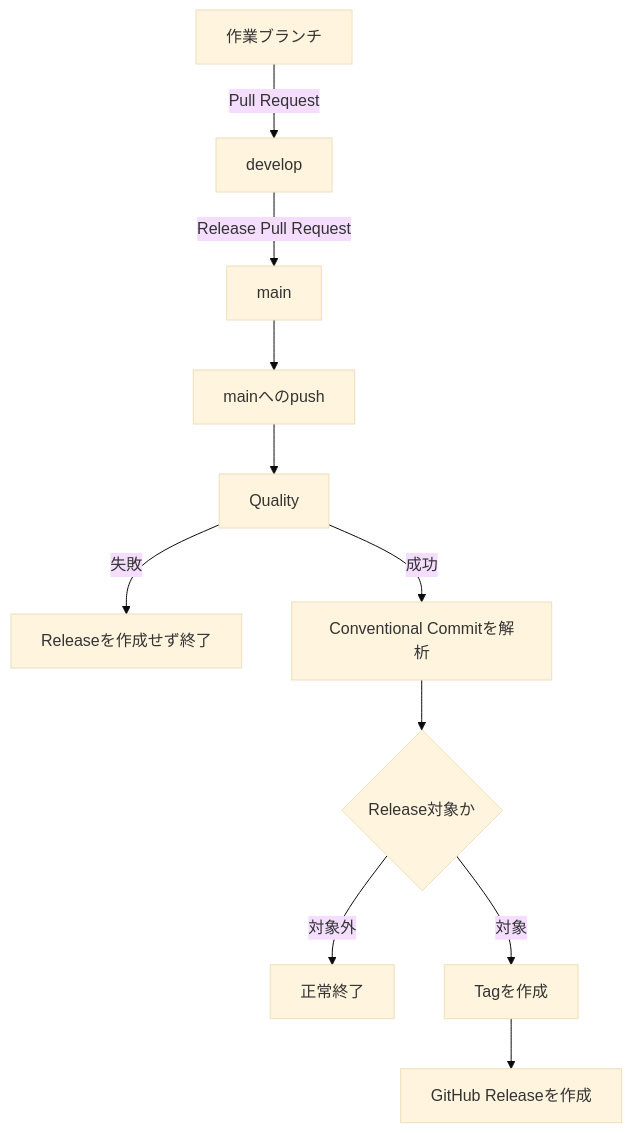
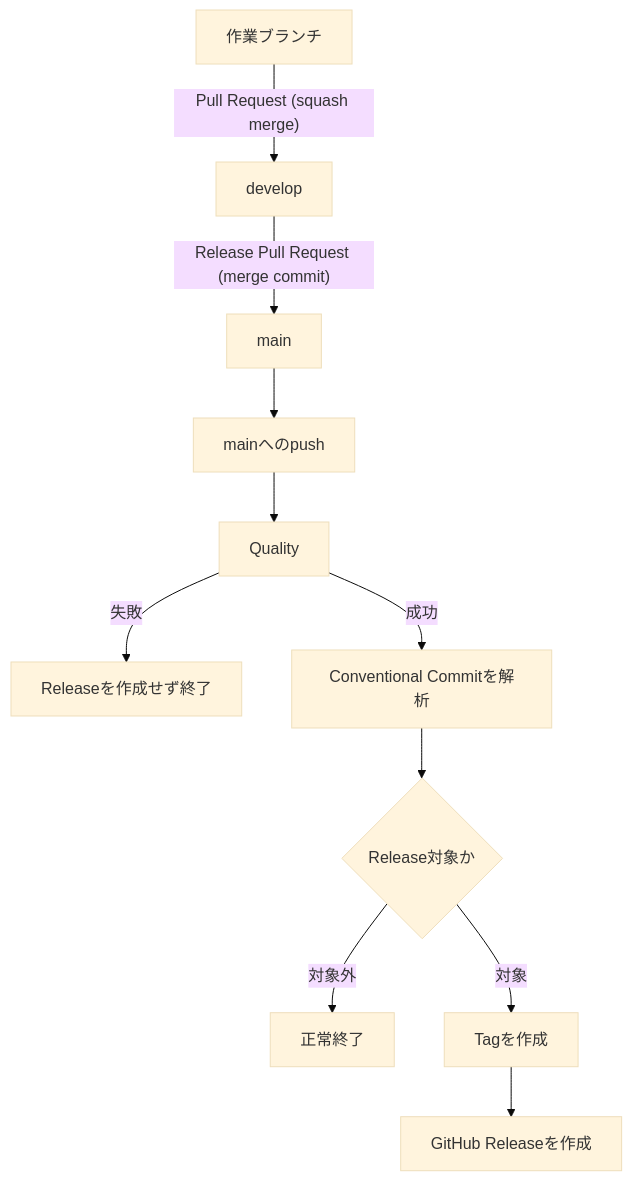
The diagram in docs/design/v0.3-release-automation.md (rukaruka966/ibuki-bootstrapper), drawn with Mermaid (base theme) before and after one commit. The commit also changed other lines of this file and 17 other files, not shown here.

First line of the commit message:
feat: establish sustainable release merge policy

````diff
--- a/docs/design/v0.3-release-automation.md
+++ b/docs/design/v0.3-release-automation.md
@@ -13,13 +12,13 @@
 ```mermaid
 flowchart TD
-    Feature["作業ブランチ"] -->|"Pull Request"| Develop["develop"]
-    Develop -->|"Release Pull Request"| Main["main"]
+    Feature["作業ブランチ"] -->|"Pull Request (squash merge)"| Develop["develop"]
+    Develop -->|"Release Pull Request (merge commit)"| Main["main"]
     Main --> Push["mainへのpush"]
     Push --> Quality["Quality"]
     Quality -->|"失敗"| Failed["Releaseを作成せず終了"]
     Quality -->|"成功"| Analyze["Conventional Commitを解析"]
     Analyze --> Decision{"Release対象か"}
     Decision -->|"対象外"| Complete["正常終了"]
     Decision -->|"対象"| Tag["Tagを作成"]
     Tag --> Release["GitHub Releaseを作成"]
 ```
````
